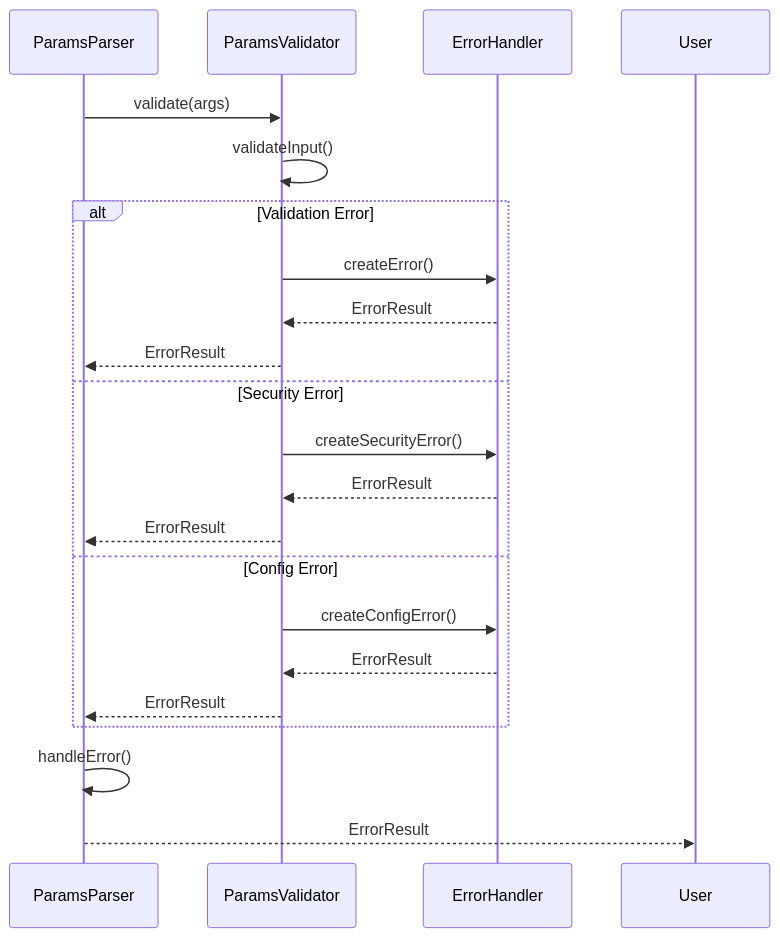
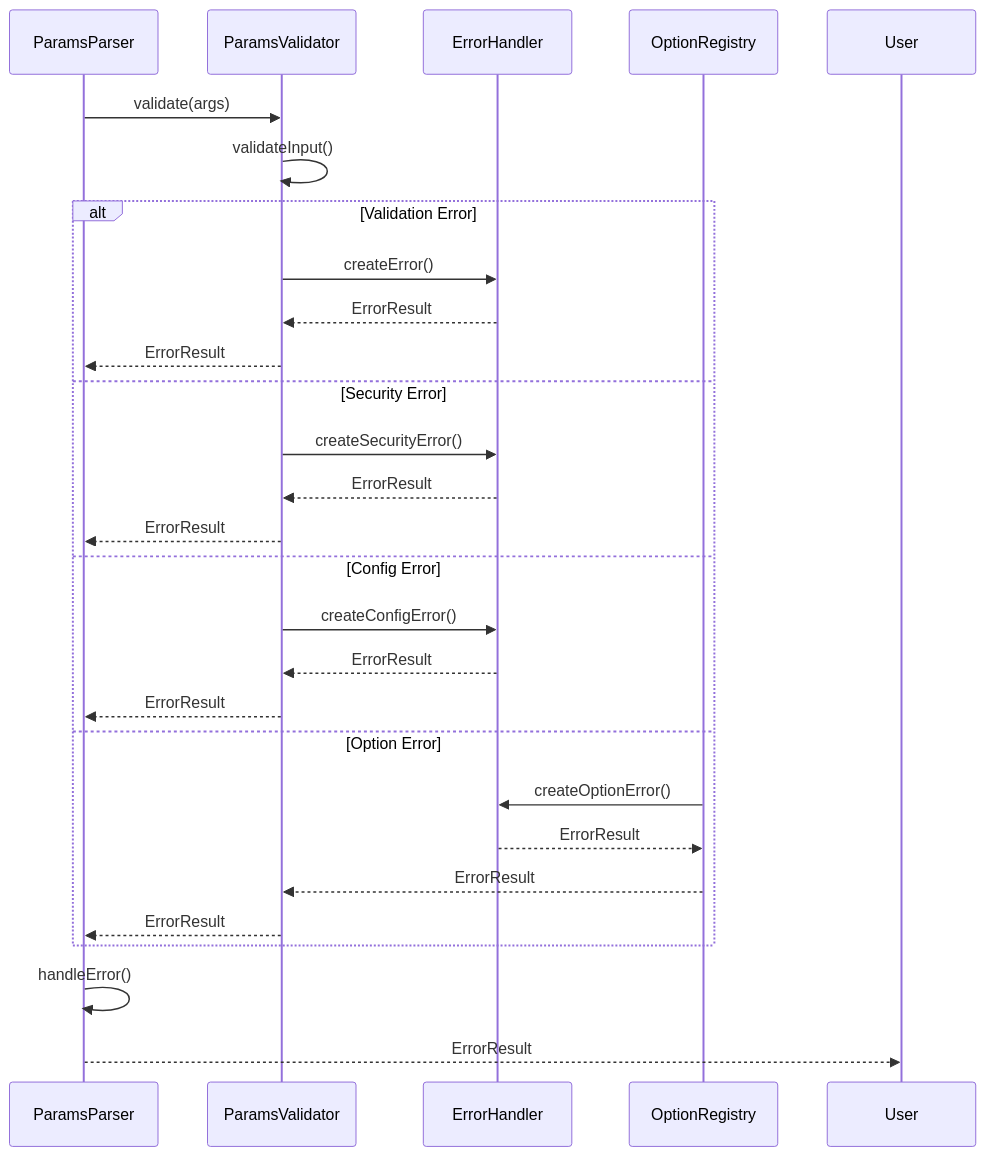
One commit to tettuan/breakdownparams changed the third of 10 diagrams in docs/architecture/layer2_diagrams.ja.md. Above: the diagram before and after it, drawn with Mermaid. The commit also changed other lines of this file and 123 other files, not shown here.

Commit message:
feat: implement option system architecture - Add option types, registry, tests and update docs

````diff
--- a/docs/architecture/layer2_diagrams.ja.md
+++ b/docs/architecture/layer2_diagrams.ja.md
@@ -54,26 +63,32 @@
 ```mermaid
 sequenceDiagram
     participant Parser as ParamsParser
     participant Validator as ParamsValidator
     participant Error as ErrorHandler
+    participant Options as OptionRegistry
     
     Parser->>Validator: validate(args)
     Validator->>Validator: validateInput()
     
     alt Validation Error
         Validator->>Error: createError()
         Error-->>Validator: ErrorResult
         Validator-->>Parser: ErrorResult
     else Security Error
         Validator->>Error: createSecurityError()
         Error-->>Validator: ErrorResult
         Validator-->>Parser: ErrorResult
     else Config Error
         Validator->>Error: createConfigError()
         Error-->>Validator: ErrorResult
         Validator-->>Parser: ErrorResult
+    else Option Error
+        Options->>Error: createOptionError()
+        Error-->>Options: ErrorResult
+        Options-->>Validator: ErrorResult
+        Validator-->>Parser: ErrorResult
     end
     
     Parser->>Parser: handleError()
     Parser-->>User: ErrorResult
 ```
````
